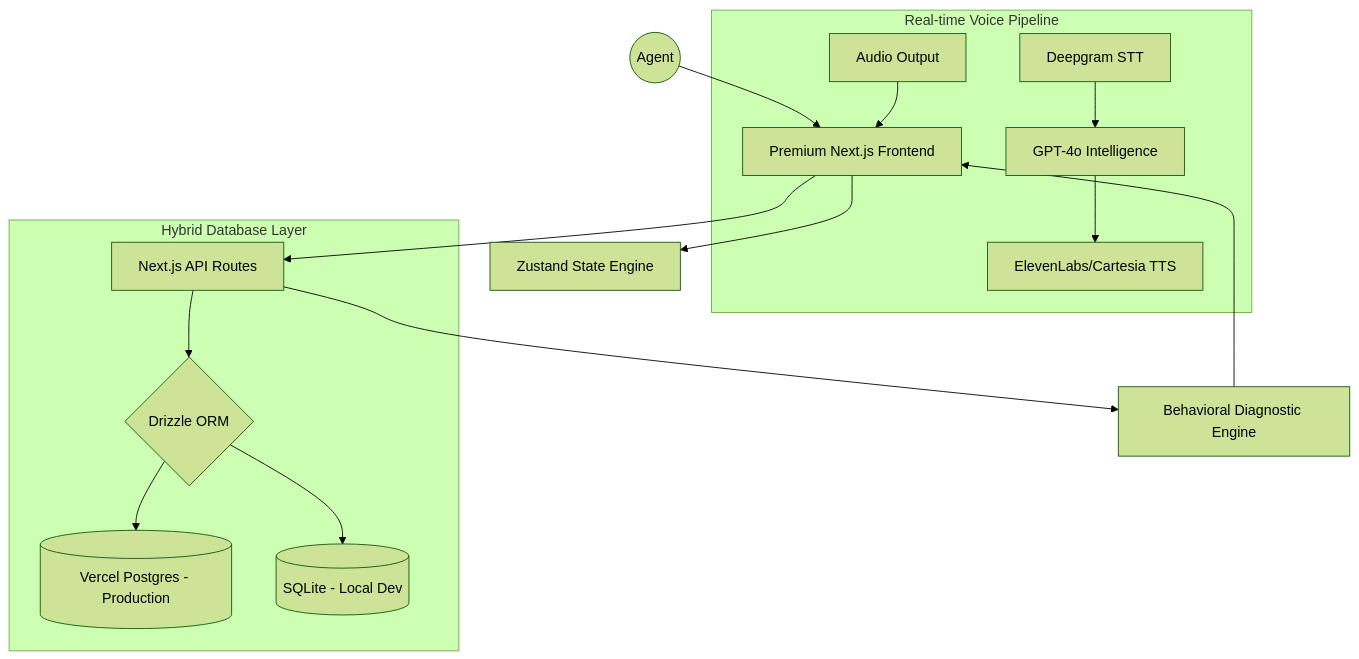
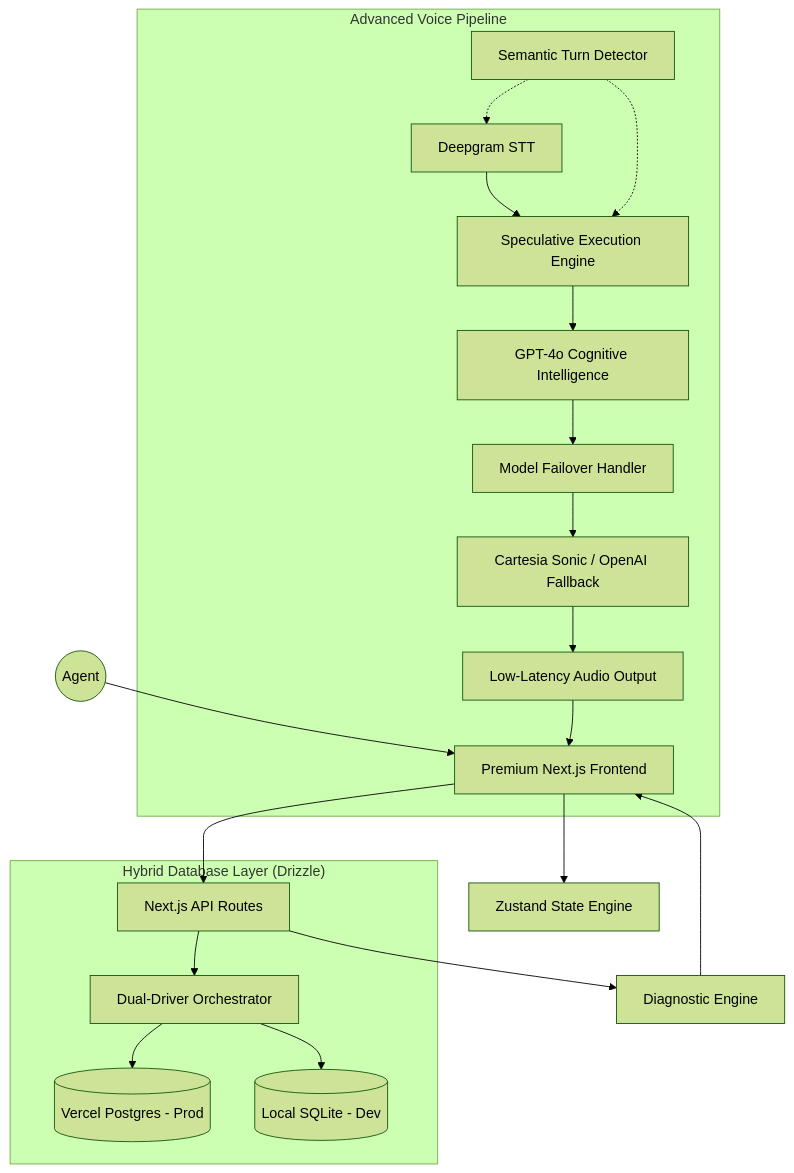
Before and after one commit to SaiLokeshManchineella/Agent_Up: the first of 2 diagrams in README.md, drawn with Mermaid (forest theme).

Commit message:
docs: overhaul system architecture diagram with advanced AI features

````diff
--- a/README.md
+++ b/README.md
@@ -11,22 +11,28 @@
 ```mermaid
 graph TD
     User((Agent)) --> UI[Premium Next.js Frontend]
     UI --> Store[Zustand State Engine]
     
-    subgraph "Real-time Voice Pipeline"
-        STT[Deepgram STT] --> LLM[GPT-4o Intelligence]
-        LLM --> TTS[ElevenLabs/Cartesia TTS]
-        Audio[Audio Output] --> UI
+    subgraph "Advanced Voice Pipeline"
+        STT[Deepgram STT] --> Spec[Speculative Execution Engine]
+        Spec --> LLM[GPT-4o Cognitive Intelligence]
+        LLM --> Failover[Model Failover Handler]
+        Failover --> TTS[Cartesia Sonic / OpenAI Fallback]
+        TTS --> Audio[Low-Latency Audio Output]
+        Audio --> UI
+        
+        Turn[Semantic Turn Detector] -.-> STT
+        Turn -.-> Spec
     end
     
     UI --> API[Next.js API Routes]
     
-    subgraph "Hybrid Database Layer"
-        API --> Drizzle{Drizzle ORM}
-        Drizzle --> PG[(Vercel Postgres - Production)]
-        Drizzle --> SQLite[(SQLite - Local Dev)]
+    subgraph "Hybrid Database Layer (Drizzle)"
+        API --> DB_Orch[Dual-Driver Orchestrator]
+        DB_Orch --> PG[(Vercel Postgres - Prod)]
+        DB_Orch --> SQLite[(Local SQLite - Dev)]
     end
     
-    API --> Analysis[Behavioral Diagnostic Engine]
+    API --> Analysis[Diagnostic Engine]
     Analysis --> UI
 ```
````
